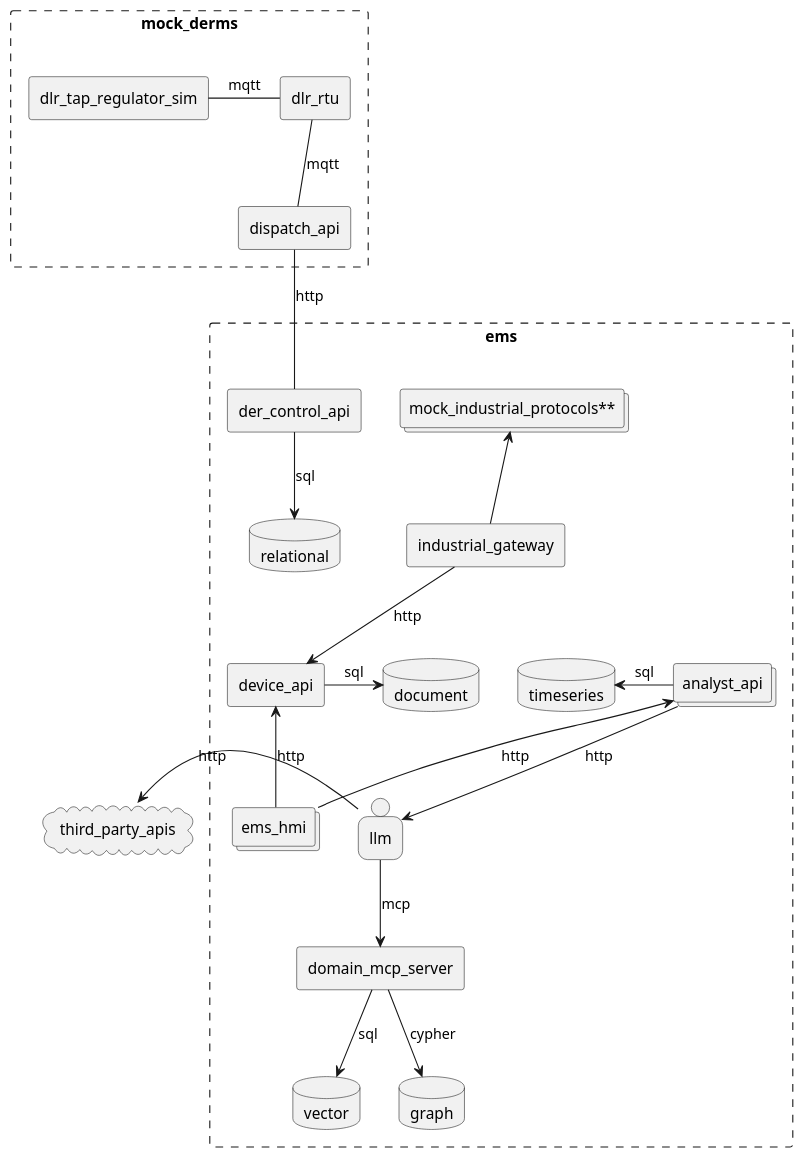
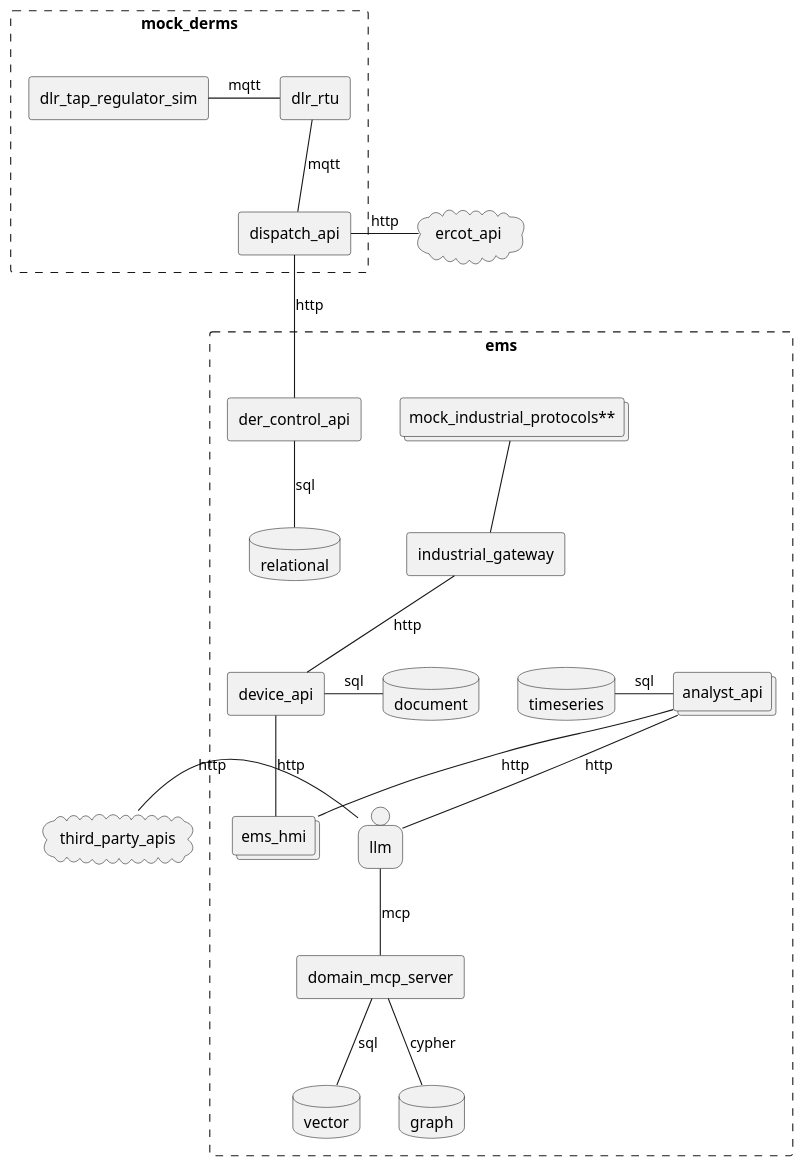
Before and after one commit to arcnode-io/ems: the first of 7 diagrams in readme.md, drawn with PlantUML.

Commit message:
📄 docs: added ercot api

````diff
--- a/readme.md
+++ b/readme.md
@@ -29,38 +29,42 @@
 ```plantuml
 cloud third_party_apis
+cloud ercot_api 
+
 rectangle ems #line.dashed {
-collections "mock_industrial_protocols**" as mock_industrial_protocols
+    collections "mock_industrial_protocols**" as mock_industrial_protocols
     rectangle industrial_gateway
     rectangle device_api
     rectangle der_control_api
     database timeseries
     database vector
     database graph
     database relational
     collections analyst_api
     database document
     collections ems_hmi
     person llm
     rectangle domain_mcp_server
 }
 rectangle  mock_derms #line.dashed {
   rectangle dlr_tap_regulator_sim
   rectangle dlr_rtu
   rectangle dispatch_api
 }
+ercot_api -l- dispatch_api: http
 dlr_rtu -d- dispatch_api: mqtt
 dlr_tap_regulator_sim - dlr_rtu: mqtt
 dispatch_api -d- der_control_api: http
-industrial_gateway -u-> mock_industrial_protocols
-industrial_gateway --> device_api: http
-ems_hmi -u-> device_api: http
-device_api -r-> document: sql
-der_control_api -d-> relational: sql
-analyst_api -l-> timeseries: sql
-llm -d-> domain_mcp_server: mcp
-domain_mcp_server -d-> vector: sql
-domain_mcp_server -d-> graph: cypher
-ems_hmi -u-> analyst_api: http
-analyst_api -d-> llm: http
-llm -l-> third_party_apis: http
+industrial_gateway -u- mock_industrial_protocols
+industrial_gateway -- device_api: http
+ems_hmi -u- device_api: http
+device_api -r- document: sql
+der_control_api -d- relational: sql
+
+analyst_api -l- timeseries: sql
+llm -d- domain_mcp_server: mcp
+domain_mcp_server -d- vector: sql
+domain_mcp_server -d- graph: cypher
+ems_hmi -u- analyst_api: http
+analyst_api -d- llm: http
+llm -l- third_party_apis: http
 ```
````
